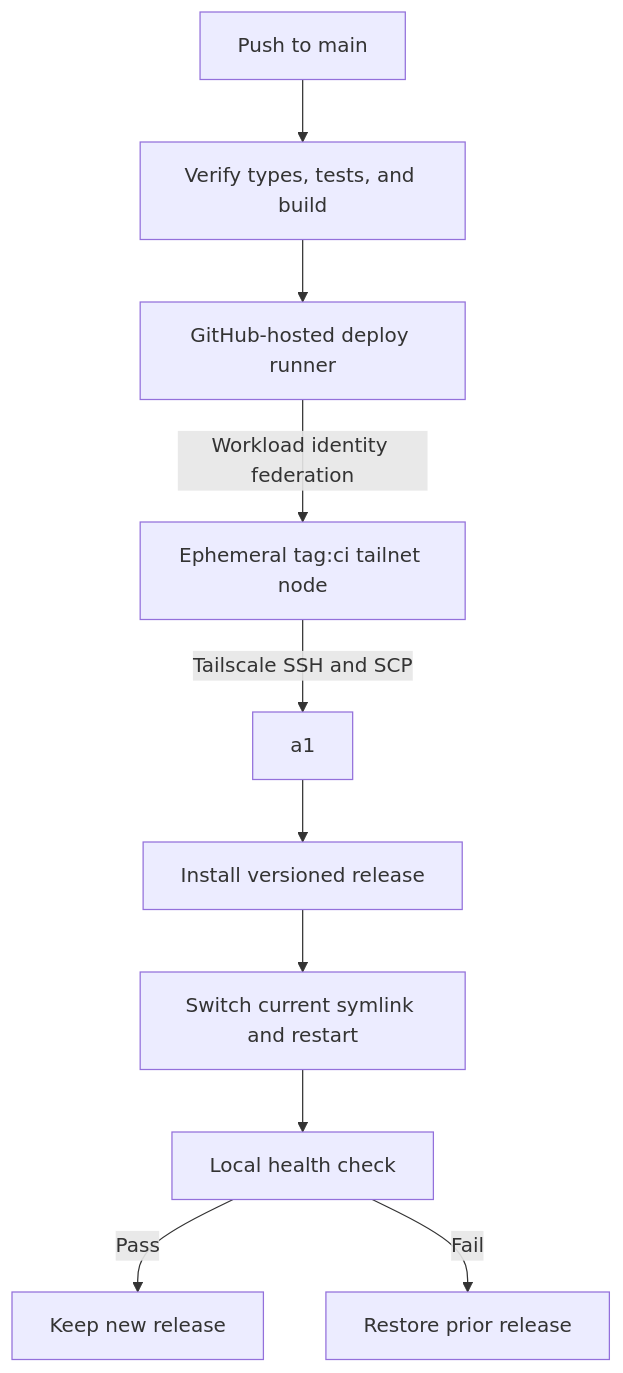
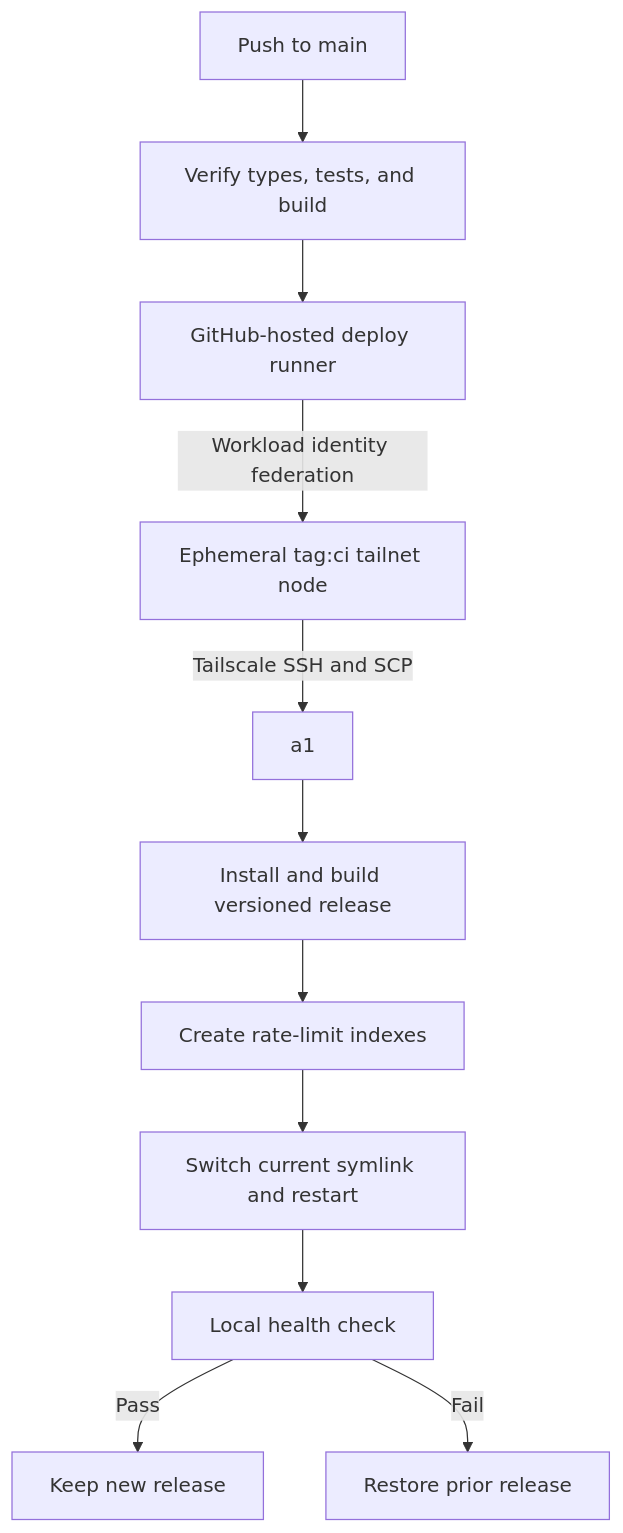
One commit to RutamBhagat/crossval changed the second of 2 diagrams in README.md. Above: the diagram before and after it, drawn with Mermaid. The commit also changed other lines of this file and 13 other files, not shown here.

````diff
--- a/README.md
+++ b/README.md
@@ -83,12 +87,13 @@
 ```mermaid
 flowchart TD
     P[Push to main] --> Q[Verify types, tests, and build]
     Q --> G[GitHub-hosted deploy runner]
     G -->|Workload identity federation| T[Ephemeral tag:ci tailnet node]
     T -->|Tailscale SSH and SCP| A[a1]
-    A --> R[Install versioned release]
-    R --> S[Switch current symlink and restart]
+    A --> R[Install and build versioned release]
+    R --> I[Create rate-limit indexes]
+    I --> S[Switch current symlink and restart]
     S --> H[Local health check]
     H -->|Pass| K[Keep new release]
     H -->|Fail| B[Restore prior release]
 ```
````
